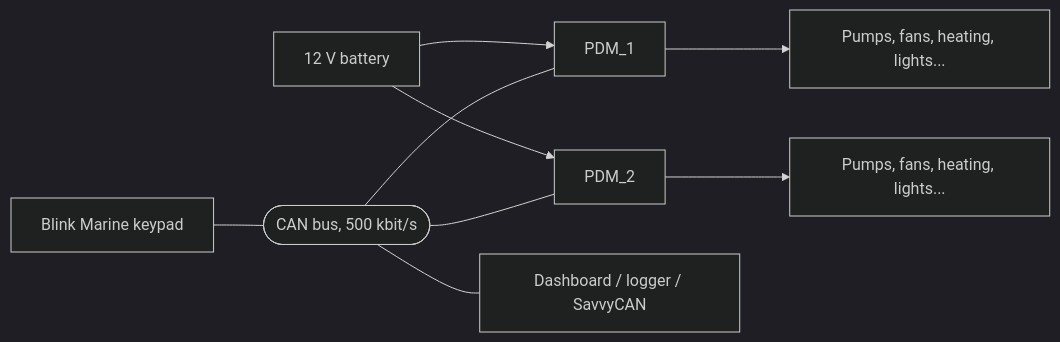
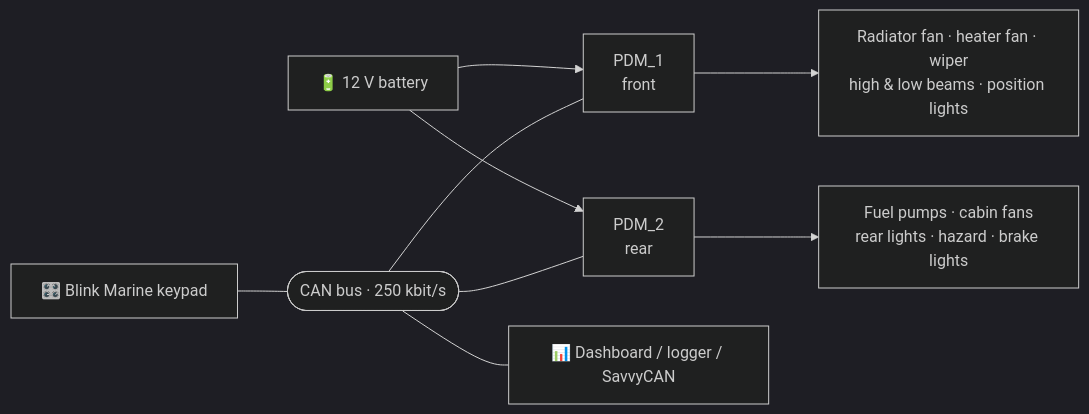
The first of 2 diagrams in README.md (nicola-reat/CAN_PDM), drawn with Mermaid (dark theme) before and after one commit. The commit also changed other lines of this file and 4 other files, not shown here.

````diff
--- a/README.md
+++ b/README.md
@@ -39,11 +66,11 @@
 ```mermaid
 flowchart LR
-    BAT["12 V battery"] --> PDM1["PDM_1"]
-    BAT --> PDM2["PDM_2"]
-    KP["Blink Marine keypad"] --- CAN(["CAN bus, 500 kbit/s"])
+    BAT["🔋 12 V battery"] --> PDM1["PDM_1<br/>front"]
+    BAT --> PDM2["PDM_2<br/>rear"]
+    KP["🎛️ Blink Marine keypad"] --- CAN(["CAN bus · 250 kbit/s"])
     CAN --- PDM1
     CAN --- PDM2
-    CAN --- LOG["Dashboard / logger / SavvyCAN"]
-    PDM1 --> LOADS1["Pumps, fans, heating, lights..."]
-    PDM2 --> LOADS2["Pumps, fans, heating, lights..."]
+    CAN --- LOG["📊 Dashboard / logger / SavvyCAN"]
+    PDM1 --> L1["Radiator fan · heater fan · wiper<br/>high & low beams · position lights"]
+    PDM2 --> L2["Fuel pumps · cabin fans<br/>rear lights · hazard · brake lights"]
 ```
````
